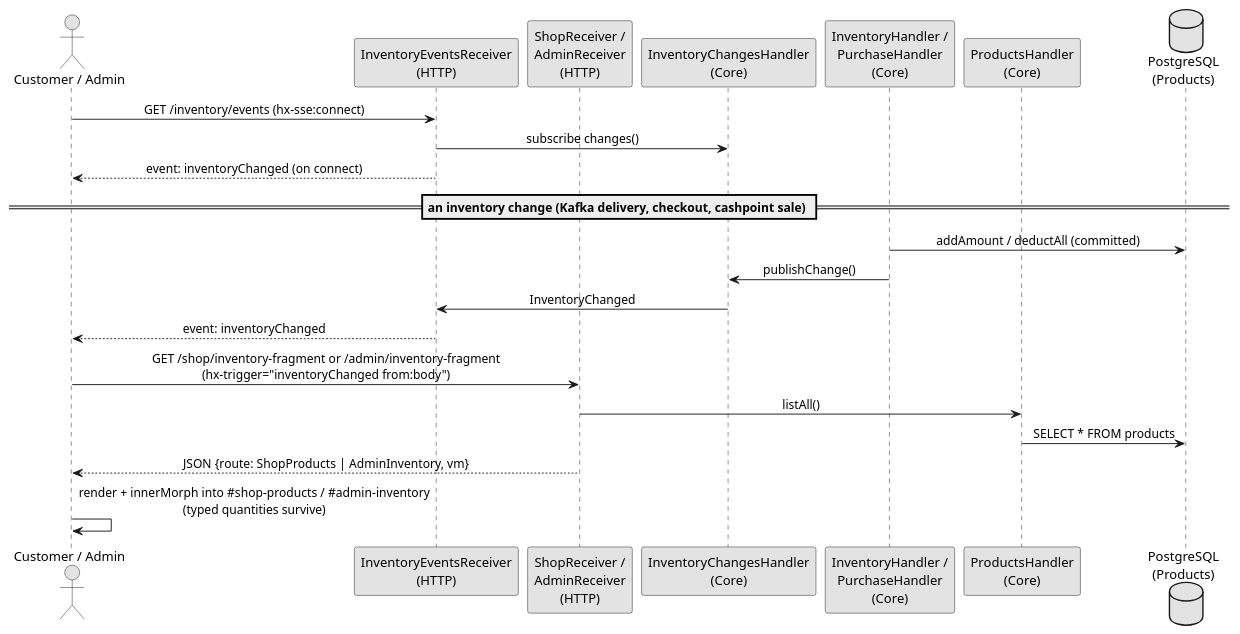
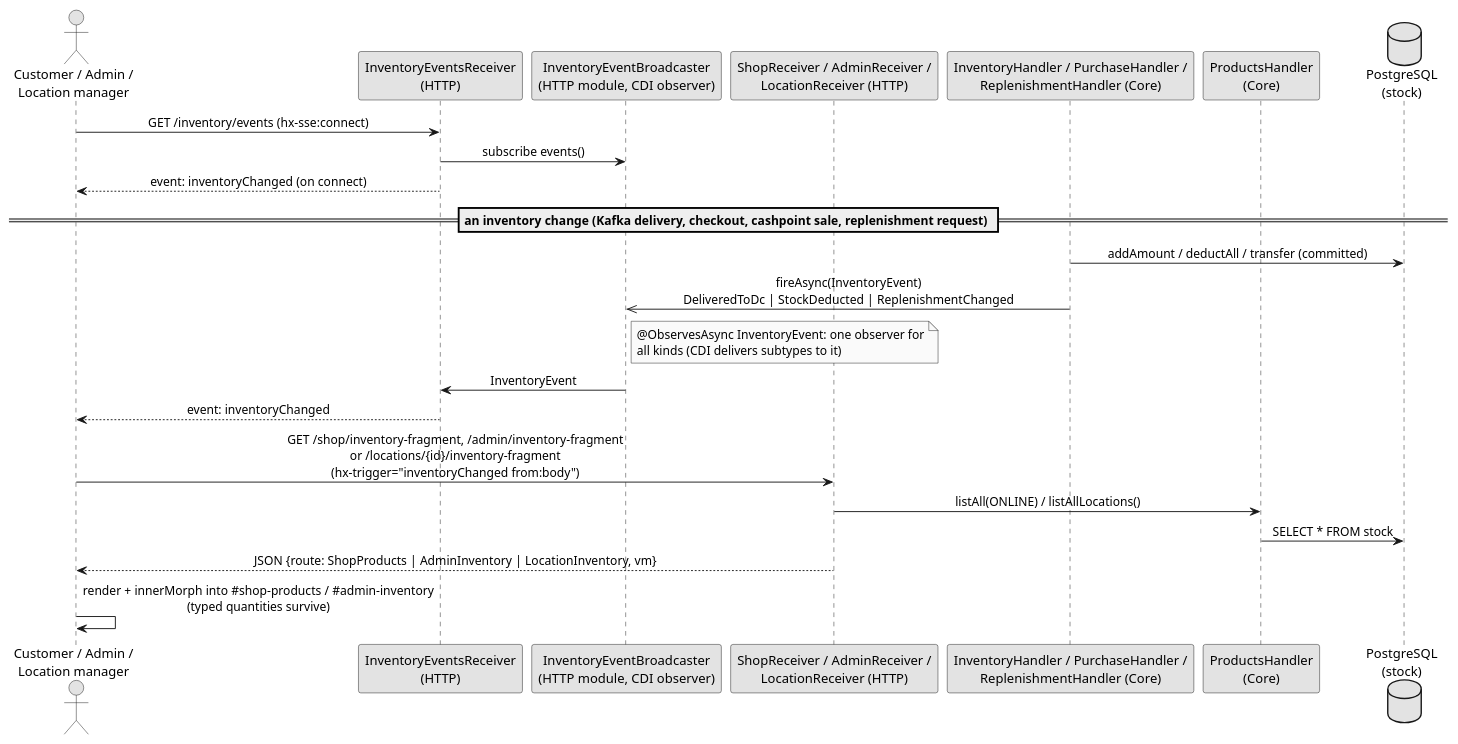
The diagram in docs/architecture/flows/inventory-events.puml (svene/2026-07-26_quarkus-hexagon-demo-mm-per-tech), drawn with PlantUML before and after one commit. The commit also changed 103 other files, not shown here.

```diff
--- a/docs/architecture/flows/inventory-events.puml
+++ b/docs/architecture/flows/inventory-events.puml
@@ -1,30 +1,34 @@
 @startuml inventory_events
 skinparam monochrome true
 skinparam sequenceMessageAlign center
 skinparam backgroundColor #ffffff
 
-actor "Customer / Admin" as user
+actor "Customer / Admin /\nLocation manager" as user
 participant "InventoryEventsReceiver\n(HTTP)" as receiver
-participant "ShopReceiver /\nAdminReceiver\n(HTTP)" as page
-participant "InventoryChangesHandler\n(Core)" as changes
-participant "InventoryHandler /\nPurchaseHandler\n(Core)" as handler
+participant "InventoryEventBroadcaster\n(HTTP module, CDI observer)" as broadcaster
+participant "ShopReceiver / AdminReceiver /\nLocationReceiver (HTTP)" as page
+participant "InventoryHandler / PurchaseHandler /\nReplenishmentHandler (Core)" as handler
 participant "ProductsHandler\n(Core)" as products
-database "PostgreSQL\n(Products)" as db
+database "PostgreSQL\n(stock)" as db
 
 user -> receiver: GET /inventory/events (hx-sse:connect)
-receiver -> changes: subscribe changes()
+receiver -> broadcaster: subscribe events()
 receiver --> user: event: inventoryChanged (on connect)
 
-== an inventory change (Kafka delivery, checkout, cashpoint sale) ==
-handler -> db: addAmount / deductAll (committed)
-handler -> changes: publishChange()
-changes -> receiver: InventoryChanged
+== an inventory change (Kafka delivery, checkout, cashpoint sale, replenishment request) ==
+handler -> db: addAmount / deductAll / transfer (committed)
+handler ->> broadcaster: fireAsync(InventoryEvent)\nDeliveredToDc | StockDeducted | ReplenishmentChanged
+note right of broadcaster
+  @ObservesAsync InventoryEvent: one observer for
+  all kinds (CDI delivers subtypes to it)
+end note
+broadcaster -> receiver: InventoryEvent
 receiver --> user: event: inventoryChanged
 
-user -> page: GET /shop/inventory-fragment or /admin/inventory-fragment\n(hx-trigger="inventoryChanged from:body")
-page -> products: listAll()
-products -> db: SELECT * FROM products
-page --> user: JSON {route: ShopProducts | AdminInventory, vm}
+user -> page: GET /shop/inventory-fragment, /admin/inventory-fragment\nor /locations/{id}/inventory-fragment\n(hx-trigger="inventoryChanged from:body")
+page -> products: listAll(ONLINE) / listAllLocations()
+products -> db: SELECT * FROM stock
+page --> user: JSON {route: ShopProducts | AdminInventory | LocationInventory, vm}
 user -> user: render + innerMorph into #shop-products / #admin-inventory\n(typed quantities survive)
 
 @enduml
```
